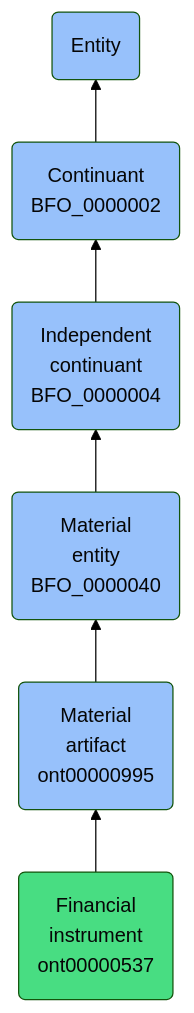
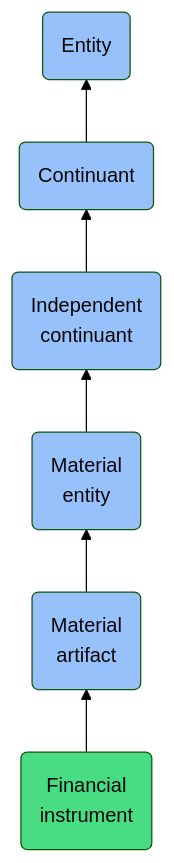
One commit to jupyter-naas/abi changed the diagram in docs/ontology/reference/model/Entity/Continuant/Independent continuant/Material entity/Material artifact/Financial instrument/Financial instrument.md. Above: the diagram before and after it, drawn with Mermaid (forest theme). The commit also changed other lines of this file and 1430 other files, not shown here.

````diff
--- a/docs/ontology/reference/model/Entity/Continuant/Independent continuant/Material entity/Material artifact/Financial instrument/Financial instrument.md
+++ b/docs/ontology/reference/model/Entity/Continuant/Independent continuant/Material entity/Material artifact/Financial instrument/Financial instrument.md
@@ -24,13 +24,13 @@
 ```mermaid
 graph BT
-    ont00000537(Financial<br>instrument<br>ont00000537):::ABI-->ont00000995
-    ont00000995(Material<br>artifact<br>ont00000995):::BFO-->BFO_0000040
-    BFO_0000040(Material<br>entity<br>BFO_0000040):::BFO-->BFO_0000004
-    BFO_0000004(Independent<br>continuant<br>BFO_0000004):::BFO-->BFO_0000002
-    BFO_0000002(Continuant<br>BFO_0000002):::BFO-->BFO_0000001
+    ont00000537(Financial<br>instrument):::ABI-->ont00000995
+    ont00000995(Material<br>artifact):::BFO-->BFO_0000040
+    BFO_0000040(Material<br>entity):::BFO-->BFO_0000004
+    BFO_0000004(Independent<br>continuant):::BFO-->BFO_0000002
+    BFO_0000002(Continuant):::BFO-->BFO_0000001
     BFO_0000001(Entity):::BFO
     
     classDef BFO fill:#97c1fb,color:#060606
     classDef CCO fill:#e4c51e,color:#060606
     classDef ABI fill:#48DD82,color:#060606
 ```
````
